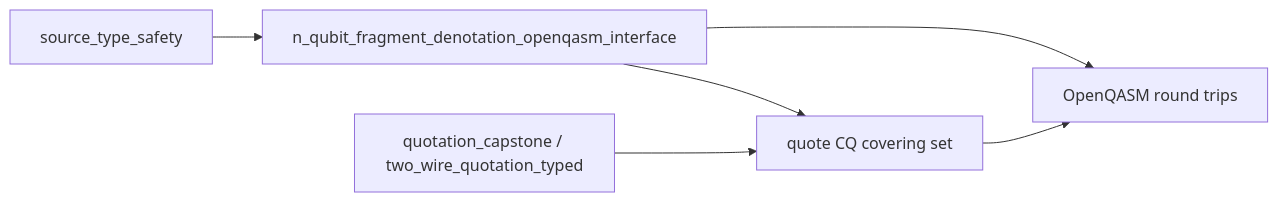
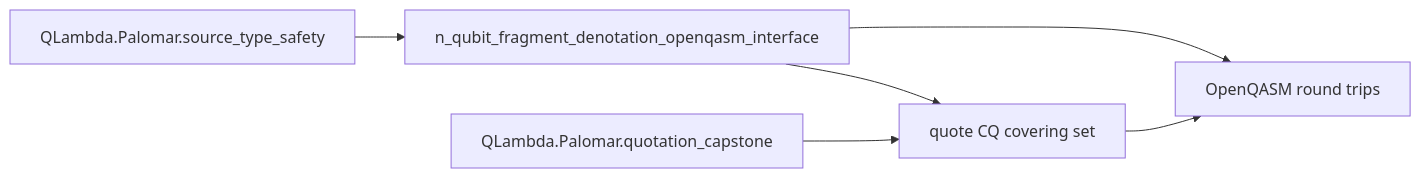
Before and after one commit to catskillsresearch/qlambda: the ninth of 9 diagrams in arxiv.md, drawn with Mermaid. The commit also changed other lines of this file and 35 other files, not shown here.

````diff
--- a/arxiv.md
+++ b/arxiv.md
@@ -914,14 +955,14 @@
 ```mermaid
 flowchart LR
-  STS["source_type_safety"]
+  STS["QLambda.Palomar.source_type_safety"]
   Frag["n_qubit_fragment_denotation_openqasm_interface"]
-  Cap["quotation_capstone / two_wire_quotation_typed"]
+  Cap["QLambda.Palomar.quotation_capstone"]
   Cover["quote CQ covering set"]
   OQ["OpenQASM round trips"]
 
   STS --> Frag
   Frag --> Cover
   Cap --> Cover
   Frag --> OQ
   Cover --> OQ
 ```
````
